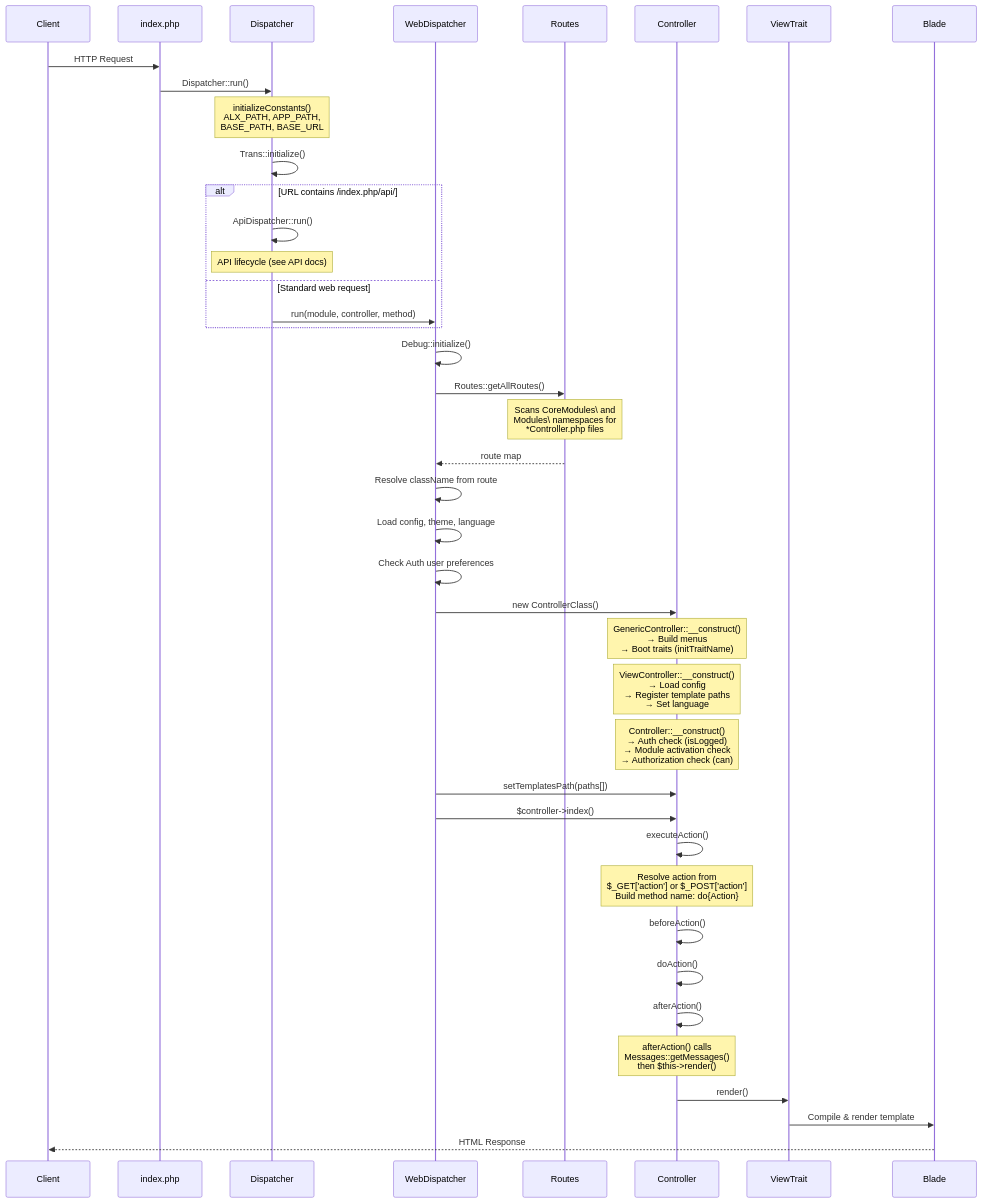
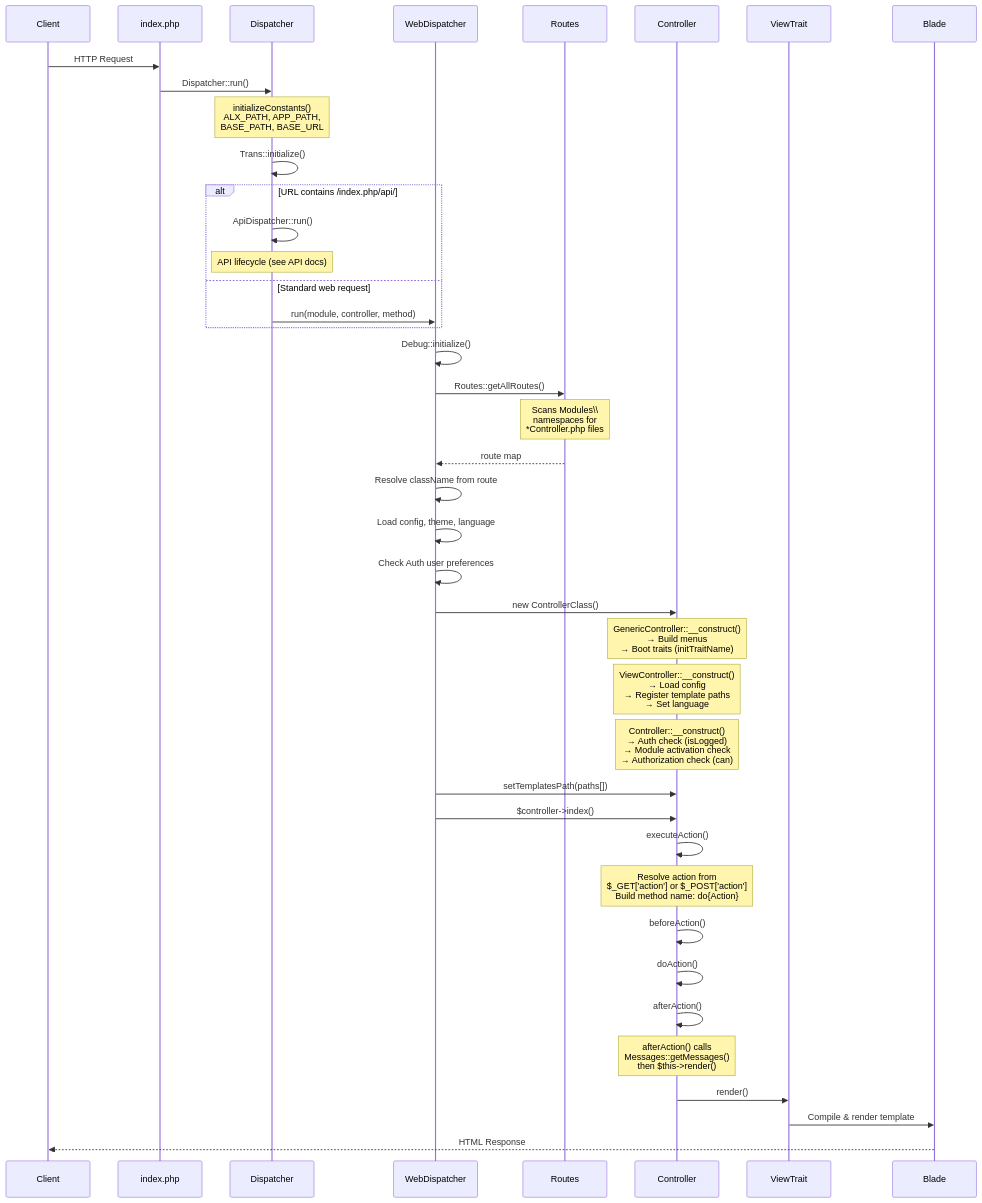
One commit to alxarafe/alxarafe changed the diagram in doc/en/lifecycle.md. Above: the diagram before and after it, drawn with Mermaid. The commit also changed other lines of this file and 330 other files, not shown here.

````diff
--- a/doc/en/lifecycle.md
+++ b/doc/en/lifecycle.md
@@ -7,58 +7,58 @@
 ```mermaid
 sequenceDiagram
     participant Client
     participant index.php
     participant Dispatcher
     participant WebDispatcher
     participant Routes
     participant Controller
     participant ViewTrait
     participant Blade
     
     Client->>index.php: HTTP Request
     index.php->>Dispatcher: Dispatcher::run()
     
     Note over Dispatcher: initializeConstants()<br/>ALX_PATH, APP_PATH,<br/>BASE_PATH, BASE_URL
     
     Dispatcher->>Dispatcher: Trans::initialize()
     
     alt URL contains /index.php/api/
         Dispatcher->>Dispatcher: ApiDispatcher::run()
         Note over Dispatcher: API lifecycle (see API docs)
     else Standard web request
         Dispatcher->>WebDispatcher: run(module, controller, method)
     end
     
     WebDispatcher->>WebDispatcher: Debug::initialize()
     WebDispatcher->>Routes: Routes::getAllRoutes()
     
-    Note over Routes: Scans CoreModules\ and<br/>Modules\ namespaces for<br/>*Controller.php files
+    Note over Routes: Scans Modules\\<br/>namespaces for<br/>*Controller.php files
     
     Routes-->>WebDispatcher: route map
     WebDispatcher->>WebDispatcher: Resolve className from route
     WebDispatcher->>WebDispatcher: Load config, theme, language
     WebDispatcher->>WebDispatcher: Check Auth user preferences
     
     WebDispatcher->>Controller: new ControllerClass()
     
     Note over Controller: GenericController::__construct()<br/>→ Build menus<br/>→ Boot traits (initTraitName)
     Note over Controller: ViewController::__construct()<br/>→ Load config<br/>→ Register template paths<br/>→ Set language
     Note over Controller: Controller::__construct()<br/>→ Auth check (isLogged)<br/>→ Module activation check<br/>→ Authorization check (can)
     
     WebDispatcher->>Controller: setTemplatesPath(paths[])
     WebDispatcher->>Controller: $controller->index()
     
     Controller->>Controller: executeAction()
     
     Note over Controller: Resolve action from<br/>$_GET['action'] or $_POST['action']<br/>Build method name: do{Action}
     
     Controller->>Controller: beforeAction()
     Controller->>Controller: doAction()
     Controller->>Controller: afterAction()
     
     Note over Controller: afterAction() calls<br/>Messages::getMessages()<br/>then $this->render()
     
     Controller->>ViewTrait: render()
     ViewTrait->>Blade: Compile & render template
     Blade-->>Client: HTML Response
 ```
````
